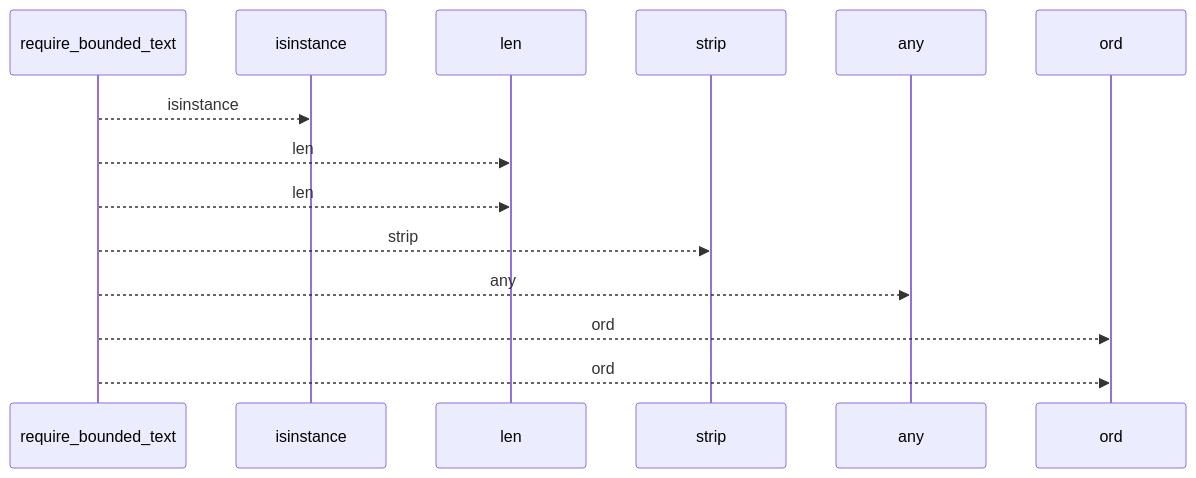
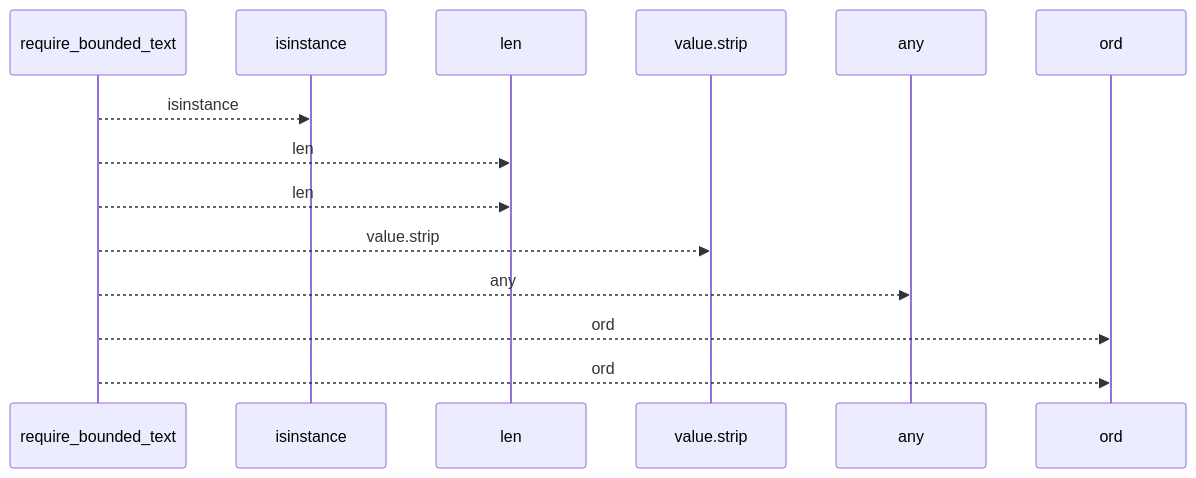
One commit to Denissvgn/python-wiki-llm changed the first of 2 diagrams in docs/llm_wiki/flows/api-require_bounded_text.md. Above: the diagram before and after it, drawn with Mermaid. The commit also changed other lines of this file and 719 other files, not shown here.

````diff
--- a/docs/llm_wiki/flows/api-require_bounded_text.md
+++ b/docs/llm_wiki/flows/api-require_bounded_text.md
@@ -10,16 +10,16 @@
 ```mermaid
 sequenceDiagram
     participant p0 as require_bounded_text
     participant p1 as isinstance
     participant p2 as len
-    participant p3 as strip
+    participant p3 as value.strip
     participant p4 as any
     participant p5 as ord
     p0-->>p1: isinstance
     p0-->>p2: len
     p0-->>p2: len
-    p0-->>p3: strip
+    p0-->>p3: value.strip
     p0-->>p4: any
     p0-->>p5: ord
     p0-->>p5: ord
 ```
````
